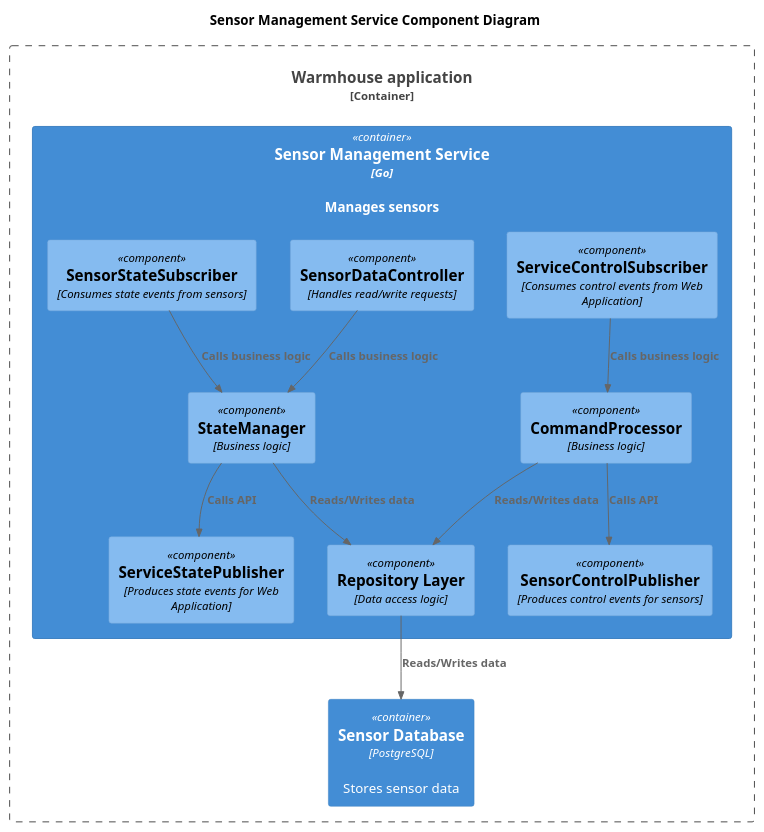
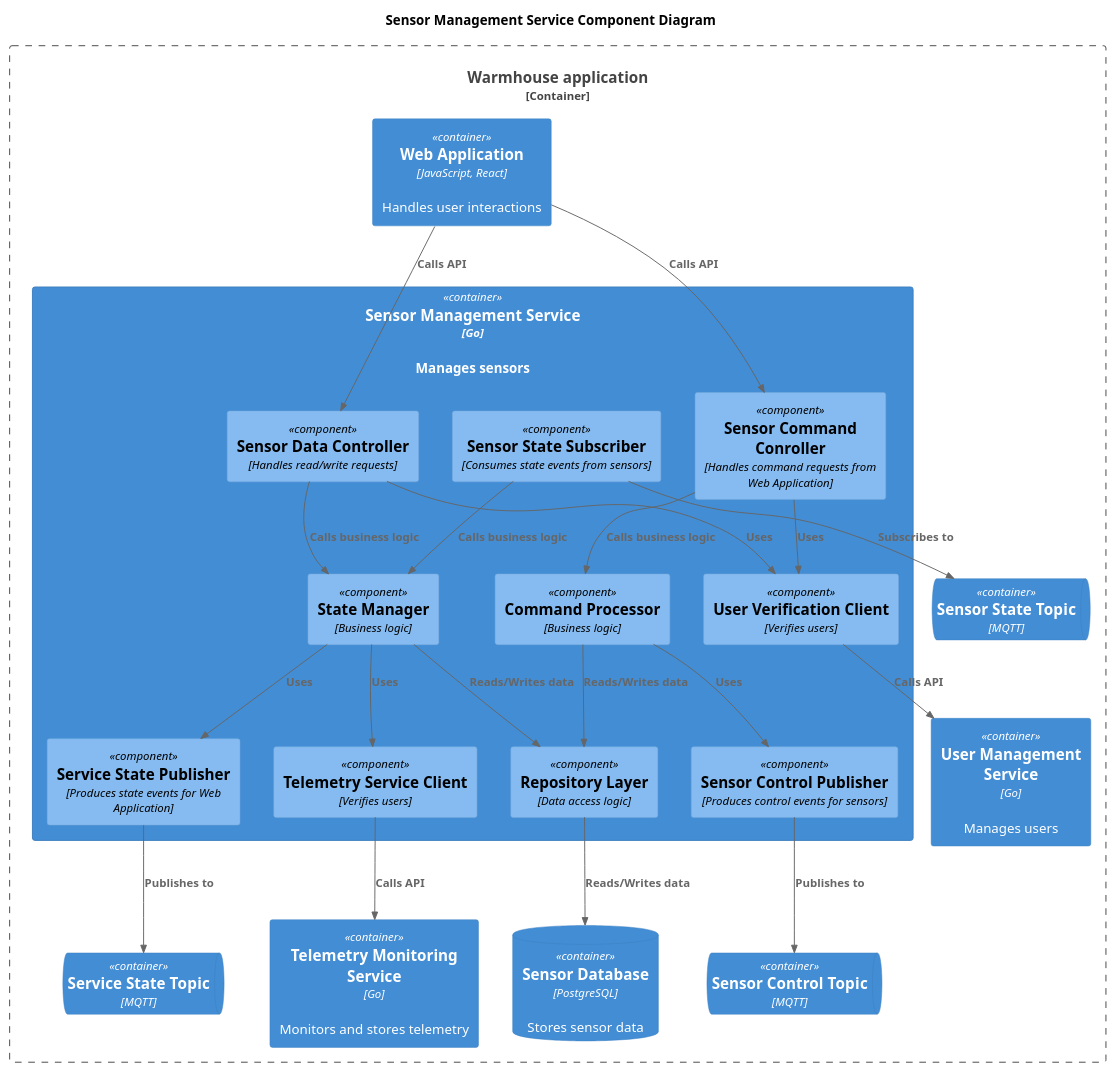
The diagram in diagrams/component/sensor-management-service.puml (grafkozloff/arch-sprint1), drawn with PlantUML before and after one commit. The commit also changed 10 other files, not shown here.

```diff
--- a/diagrams/component/sensor-management-service.puml
+++ b/diagrams/component/sensor-management-service.puml
@@ -1,32 +1,50 @@
 @startuml
 title Sensor Management Service Component Diagram
 
 top to bottom direction
 
 !includeurl https://raw.githubusercontent.com/RicardoNiepel/C4-PlantUML/master/C4_Component.puml
 
 Container_Boundary(WarmhouseApp, "Warmhouse application") {
+  Container(WebApp, "Web Application", "JavaScript, React", "Handles user interactions")
   Container(SensorService, "Sensor Management Service", "Go", "Manages sensors")
-  Container(SensorDatabase, "Sensor Database", "PostgreSQL", "Stores sensor data")
+  Container(UserService, "User Management Service", "Go", "Manages users")
+  Container(TelemetryService, "Telemetry Monitoring Service", "Go", "Monitors and stores telemetry")
+  ContainerQueue(SensorControlTopic, "Sensor Control Topic", "MQTT")
+  ContainerQueue(SensorStateTopic, "Sensor State Topic", "MQTT")
+  ContainerQueue(ServiceStateTopic, "Service State Topic", "MQTT")
+  ContainerDb(SensorDatabase, "Sensor Database", "PostgreSQL", "Stores sensor data")
 }
 
 Container(SensorService, "Sensor Management Service", "Go") {
-  Component(SensorDataController, "SensorDataController", "Handles read/write requests")
-  Component(ServiceControlSubscriber, "ServiceControlSubscriber", "Consumes control events from Web Application")
-  Component(SensorControlPublisher, "SensorControlPublisher", "Produces control events for sensors")
-  Component(ServiceStatePublisher, "ServiceStatePublisher", "Produces state events for Web Application")
-  Component(SensorStateSubscriber, "SensorStateSubscriber", "Consumes state events from sensors")
-  Component(CommandProcessor, "CommandProcessor", "Business logic")
-  Component(StateManager, "StateManager", "Business logic")
+  Component(SensorDataController, "Sensor Data Controller", "Handles read/write requests")
+  Component(SensorCommandConroller, "Sensor Command Conroller", "Handles command requests from Web Application")
+  Component(SensorControlPublisher, "Sensor Control Publisher", "Produces control events for sensors")
+  Component(ServiceStatePublisher, "Service State Publisher", "Produces state events for Web Application")
+  Component(SensorStateSubscriber, "Sensor State Subscriber", "Consumes state events from sensors")
+  Component(UserVerificationClient, "User Verification Client", "Verifies users")
+  Component(TelemetryServiceClient, "Telemetry Service Client", "Verifies users")
+  Component(CommandProcessor, "Command Processor", "Business logic")
+  Component(StateManager, "State Manager", "Business logic")
   Component(RepositoryLayer, "Repository Layer", "Data access logic")
 }
-
+Rel(WebApp, SensorCommandConroller, "Calls API")
+Rel(WebApp, SensorDataController, "Calls API")
+Rel(SensorStateSubscriber, SensorStateTopic, "Subscribes to")
+Rel(ServiceStatePublisher, ServiceStateTopic, "Publishes to")
+Rel(SensorControlPublisher, SensorControlTopic, "Publishes to")
 Rel(SensorDataController, StateManager, "Calls business logic")
-Rel(StateManager, ServiceStatePublisher, "Calls API")
+Rel(StateManager, ServiceStatePublisher, "Uses")
 Rel(SensorStateSubscriber, StateManager, "Calls business logic")
-Rel(CommandProcessor, SensorControlPublisher, "Calls API")
-Rel(ServiceControlSubscriber, CommandProcessor, "Calls business logic")
+Rel(CommandProcessor, SensorControlPublisher, "Uses")
+Rel(SensorCommandConroller, CommandProcessor, "Calls business logic")
 Rel(CommandProcessor, RepositoryLayer, "Reads/Writes data")
 Rel(StateManager, RepositoryLayer, "Reads/Writes data")
+Rel(StateManager, TelemetryServiceClient, "Uses")
 Rel(RepositoryLayer, SensorDatabase, "Reads/Writes data")
+Rel(UserVerificationClient, UserService, "Calls API")
+Rel(TelemetryServiceClient, TelemetryService, "Calls API")
+
+Rel(SensorDataController, UserVerificationClient, "Uses")
+Rel(SensorCommandConroller, UserVerificationClient, "Uses")
 @enduml
```
